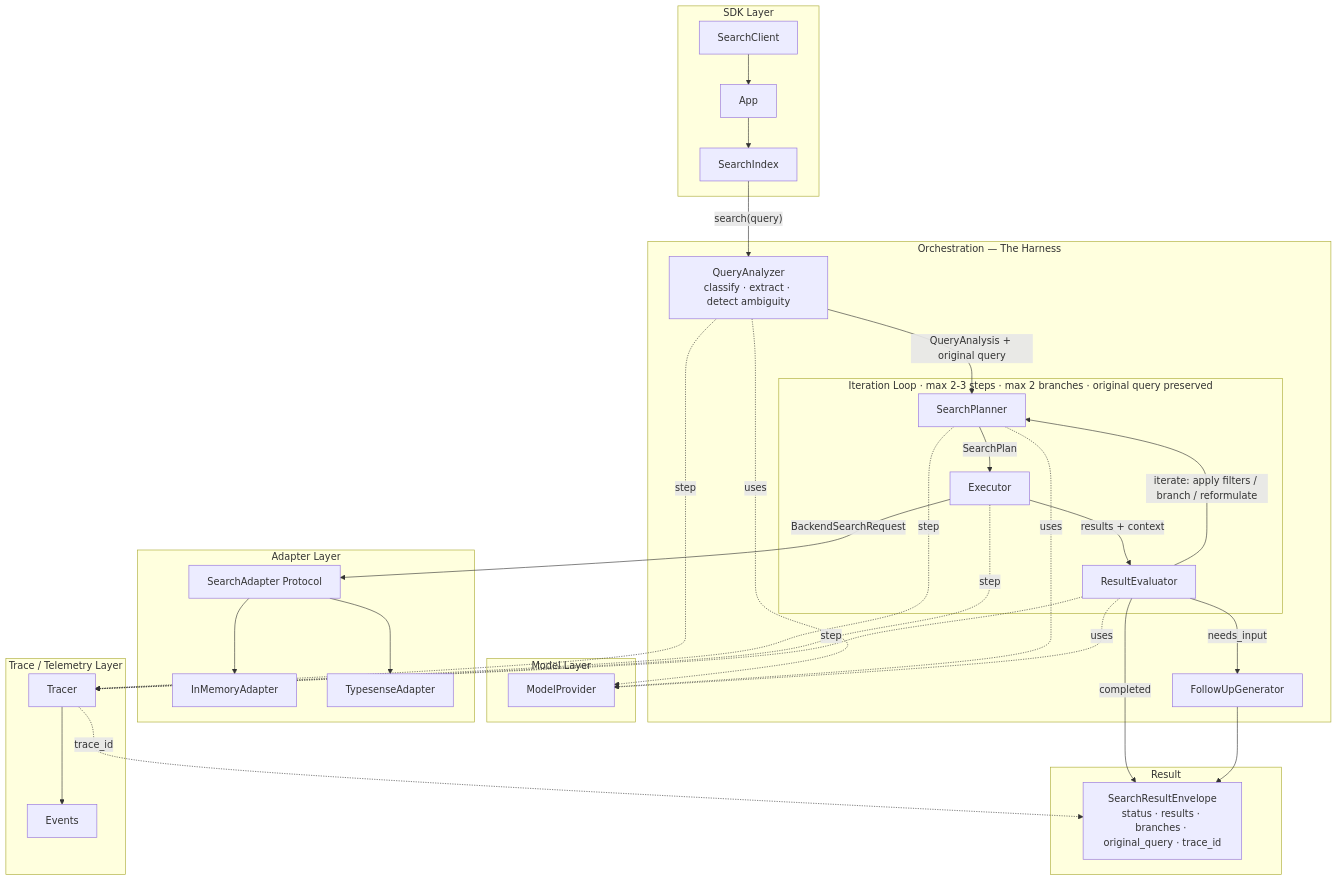
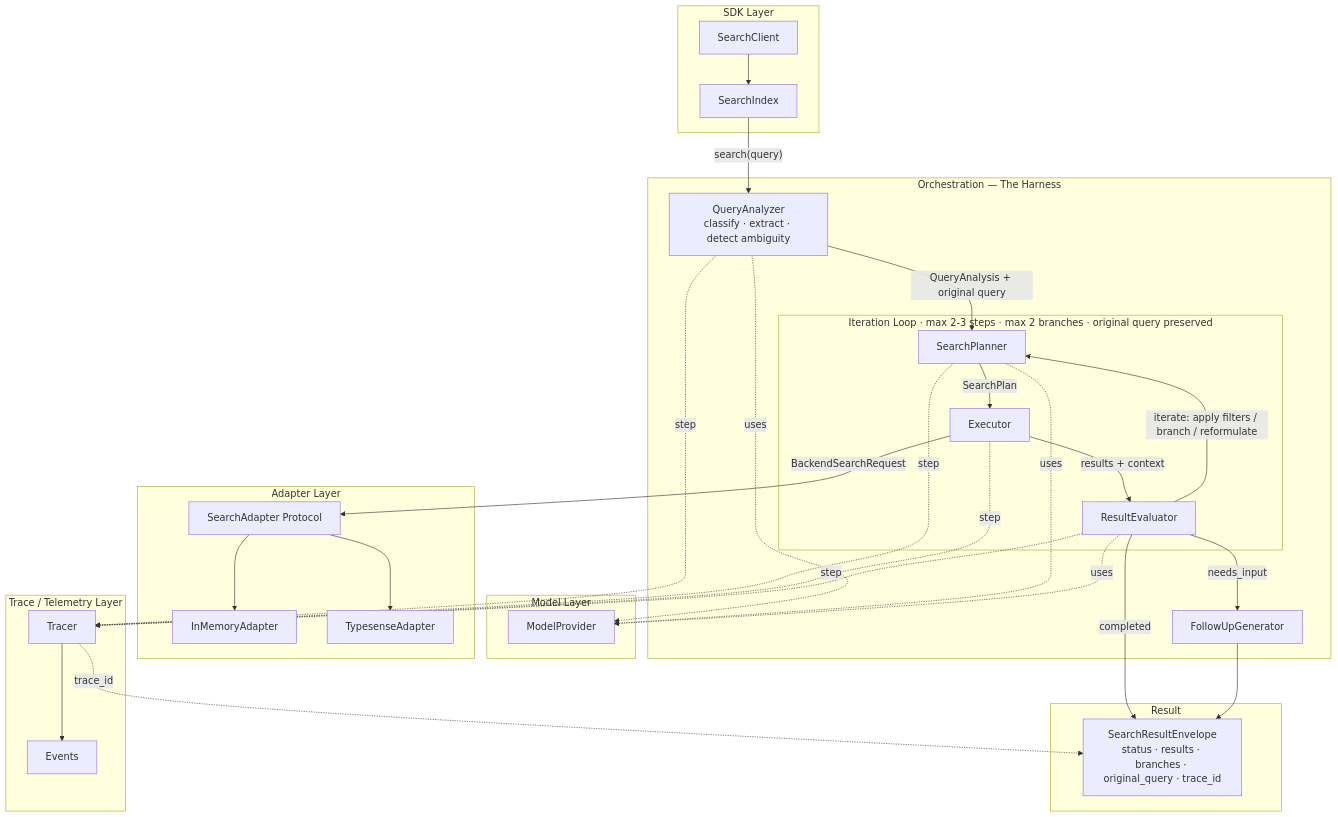
The diagram in docs/diagrams/architecture.md (w-v-r/search-harness), drawn with Mermaid before and after one commit. The commit also changed 4 other files, not shown here.

````diff
--- a/docs/diagrams/architecture.md
+++ b/docs/diagrams/architecture.md
@@ -3,66 +3,64 @@
 ```mermaid
 flowchart TB
     subgraph SDK["SDK Layer"]
         SC["SearchClient"]
-        APP["App"]
         IDX["SearchIndex"]
     end
 
     subgraph ORCH["Orchestration — The Harness"]
         ANALYZER["QueryAnalyzer\nclassify · extract · detect ambiguity"]
 
         subgraph LOOP["Iteration Loop · max 2-3 steps · max 2 branches · original query preserved"]
             PLANNER["SearchPlanner"]
             EXECUTOR["Executor"]
             EVALUATOR["ResultEvaluator"]
         end
 
         FOLLOWUP["FollowUpGenerator"]
     end
 
     subgraph MODEL["Model Layer"]
         LLM["ModelProvider"]
     end
 
     subgraph ADAPTER["Adapter Layer"]
         PROTOCOL["SearchAdapter Protocol"]
         INMEM["InMemoryAdapter"]
         TS["TypesenseAdapter"]
     end
 
     subgraph TRACE["Trace / Telemetry Layer"]
         TRACER["Tracer"]
         EVENTS["Events"]
     end
 
     subgraph RESULT["Result"]
         ENVELOPE["SearchResultEnvelope\nstatus · results · branches · original_query · trace_id"]
     end
 
-    SC --> APP
-    APP --> IDX
+    SC --> IDX
 
     IDX -->|"search(query)"| ANALYZER
     ANALYZER -.->|uses| LLM
     ANALYZER -->|"QueryAnalysis + original query"| PLANNER
 
     PLANNER -->|SearchPlan| EXECUTOR
     PLANNER -.->|uses| LLM
     EXECUTOR -->|BackendSearchRequest| PROTOCOL
     PROTOCOL --> INMEM
     PROTOCOL --> TS
     EXECUTOR -->|"results + context"| EVALUATOR
     EVALUATOR -.->|uses| LLM
 
     EVALUATOR -->|"iterate: apply filters / branch / reformulate"| PLANNER
     EVALUATOR -->|"completed"| ENVELOPE
     EVALUATOR -->|"needs_input"| FOLLOWUP
     FOLLOWUP --> ENVELOPE
 
     ANALYZER -.->|step| TRACER
     PLANNER -.->|step| TRACER
     EXECUTOR -.->|step| TRACER
     EVALUATOR -.->|step| TRACER
     TRACER --> EVENTS
     TRACER -.->|trace_id| ENVELOPE
 ```
````
